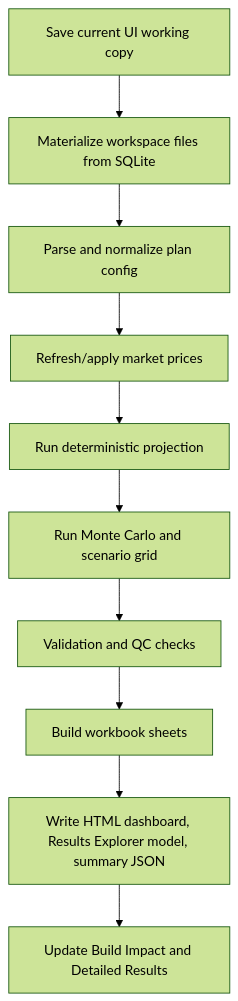
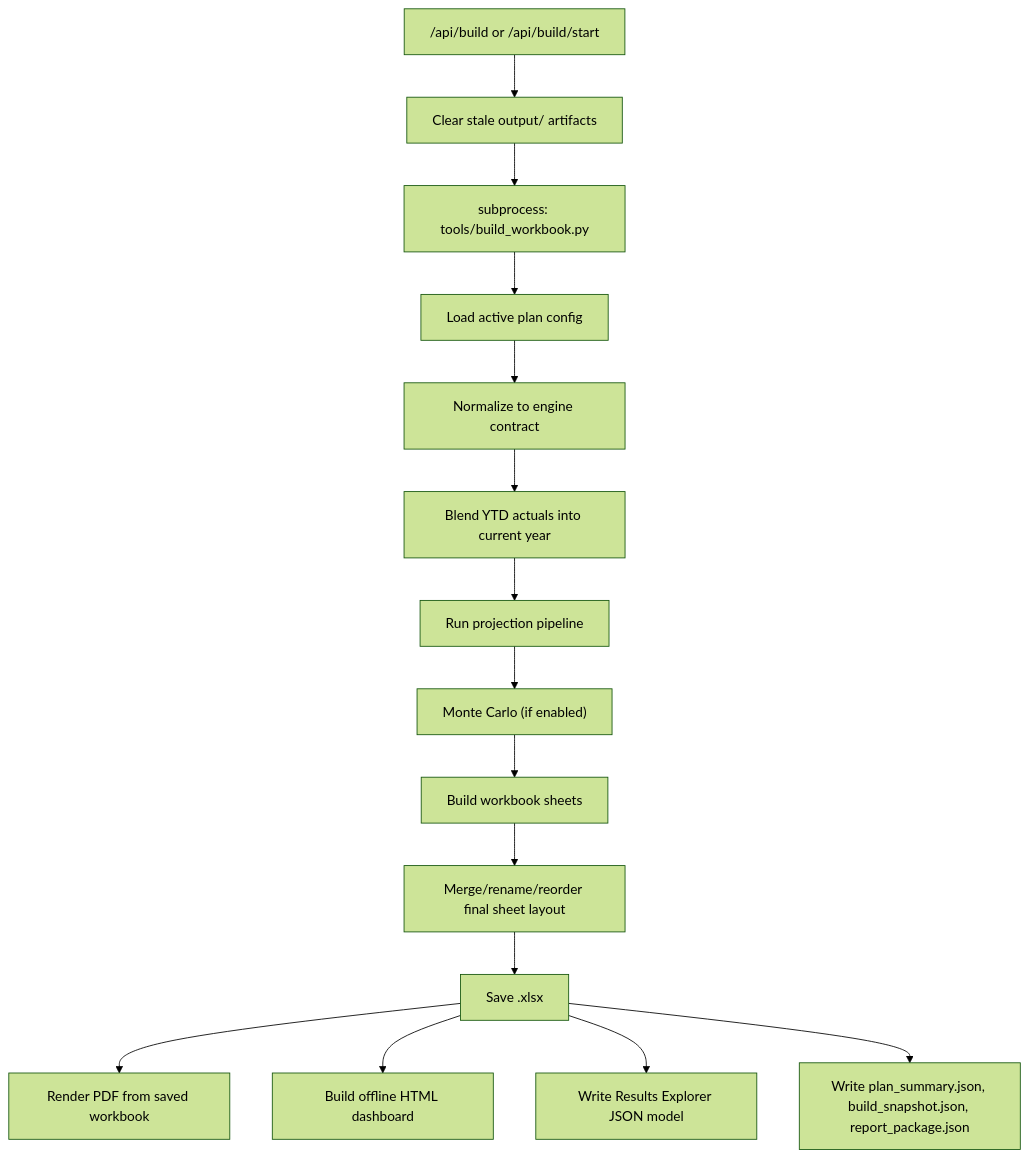
Before and after one commit to matthartzman/retirement_system: the second of 2 diagrams in documentation/CURRENT_SYSTEM_DESIGN_SPEC.md, drawn with Mermaid (forest theme). The commit also changed other lines of this file and 1 other file, not shown here.

First line of the commit message:
Rewrite design spec and add functional spec from current code

````diff
--- a/documentation/CURRENT_SYSTEM_DESIGN_SPEC.md
+++ b/documentation/CURRENT_SYSTEM_DESIGN_SPEC.md
@@ -375,12 +271,17 @@
 ```mermaid
 flowchart TD
-    Save["Save current UI working copy"] --> Materialize["Materialize workspace files from SQLite"]
-    Materialize --> Config["Parse and normalize plan config"]
-    Config --> Pricing["Refresh/apply market prices"]
-    Pricing --> Project["Run deterministic projection"]
-    Project --> MonteCarlo["Run Monte Carlo and scenario grid"]
-    MonteCarlo --> Validate["Validation and QC checks"]
-    Validate --> Workbook["Build workbook sheets"]
-    Workbook --> Sidecars["Write HTML dashboard, Results Explorer model, summary JSON"]
-    Sidecars --> UI["Update Build Impact and Detailed Results"]
+    Trigger["/api/build or /api/build/start"] --> Clear["Clear stale output/ artifacts"]
+    Clear --> Sub["subprocess: tools/build_workbook.py"]
+    Sub --> Load["Load active plan config"]
+    Load --> Normalize["Normalize to engine contract"]
+    Normalize --> YTD["Blend YTD actuals into current year"]
+    YTD --> Project["Run projection pipeline"]
+    Project --> MC["Monte Carlo (if enabled)"]
+    MC --> Sheets["Build workbook sheets"]
+    Sheets --> Structure["Merge/rename/reorder final sheet layout"]
+    Structure --> Save["Save .xlsx"]
+    Save --> PDF["Render PDF from saved workbook"]
+    Save --> HTML["Build offline HTML dashboard"]
+    Save --> JSON["Write Results Explorer JSON model"]
+    Save --> Summary["Write plan_summary.json, build_snapshot.json, report_package.json"]
 ```
````
